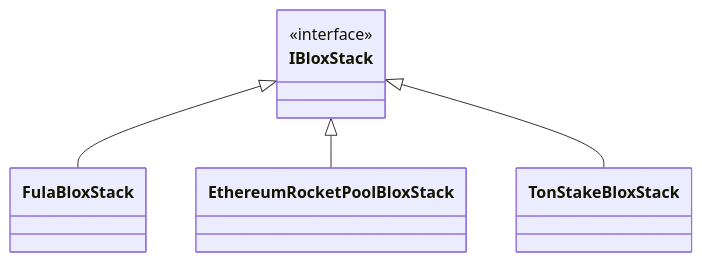
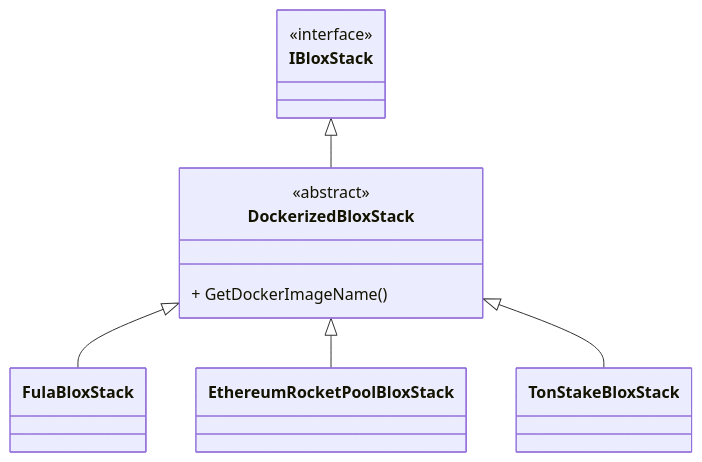
The diagram in docs/blox-stack-overview.md (functionland/fx-blox), drawn with Mermaid before and after one commit.

Commit message:
Add DockerizedBloxStack to doc

````diff
--- a/docs/blox-stack-overview.md
+++ b/docs/blox-stack-overview.md
@@ -21,10 +21,16 @@
 ```mermaid
 classDiagram
-IBloxStack <|-- FulaBloxStack
-IBloxStack <|-- EthereumRocketPoolBloxStack
-IBloxStack <|-- TonStakeBloxStack
+IBloxStack <|-- DockerizedBloxStack
+DockerizedBloxStack <|-- FulaBloxStack
+DockerizedBloxStack <|-- EthereumRocketPoolBloxStack
+DockerizedBloxStack <|-- TonStakeBloxStack
 
 class IBloxStack {
   <<interface>>
 }
+
+class DockerizedBloxStack {
+  <<abstract>>
+  + GetDockerImageName()
+}
 ```
````
